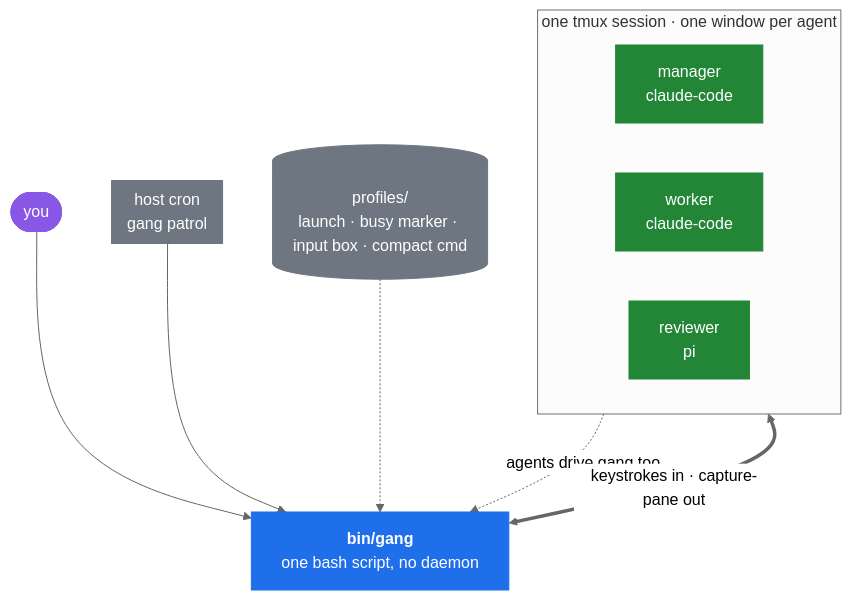
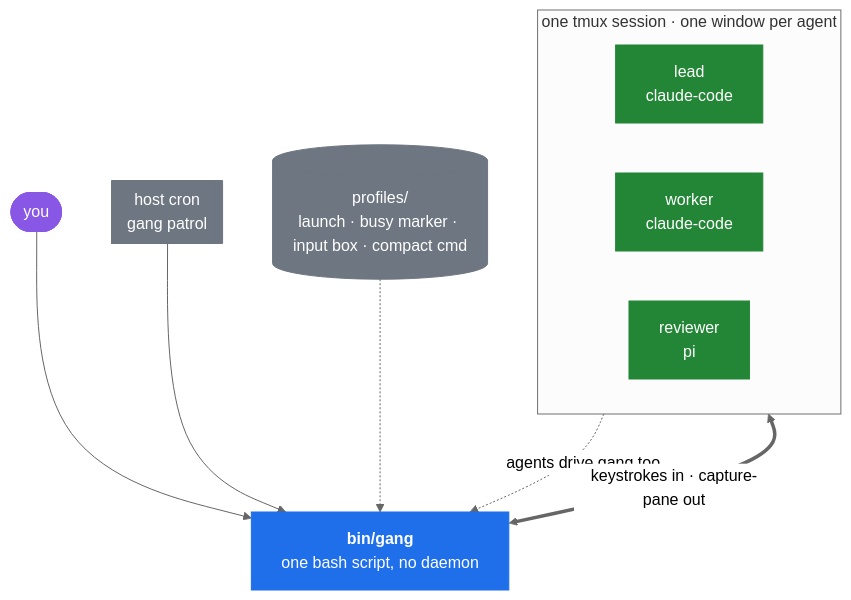
One commit to adambiggs/gangline changed the first of 3 diagrams in README.md. Above: the diagram before and after it, drawn with Mermaid (neutral theme). The commit also changed other lines of this file and 6 other files, not shown here.

````diff
--- a/README.md
+++ b/README.md
@@ -13,22 +13,22 @@
 ```mermaid
 flowchart TB
     op([you]):::human --> gang
     cron[["host cron<br>gang patrol"]]:::edge --> gang
     prof[("profiles/<br>launch · busy marker · input box · compact cmd")]:::edge -.-> gang
     gang["<b>bin/gang</b><br>one bash script, no daemon"]:::core
     gang <==>|"keystrokes in · capture-pane out"| tmux
 
     subgraph tmux["one tmux session · one window per agent"]
         direction LR
-        m["manager<br>claude-code"]:::agent
+        m["lead<br>claude-code"]:::agent
         a["worker<br>claude-code"]:::agent
         s["reviewer<br>pi"]:::agent
     end
 
     a -.->|"agents drive gang too"| gang
 
     classDef core fill:#1f6feb,stroke:#1f6feb,color:#fff
     classDef agent fill:#238636,stroke:#238636,color:#fff
     classDef human fill:#8957e5,stroke:#8957e5,color:#fff
     classDef edge fill:#6e7681,stroke:#6e7681,color:#fff
 ```
````
